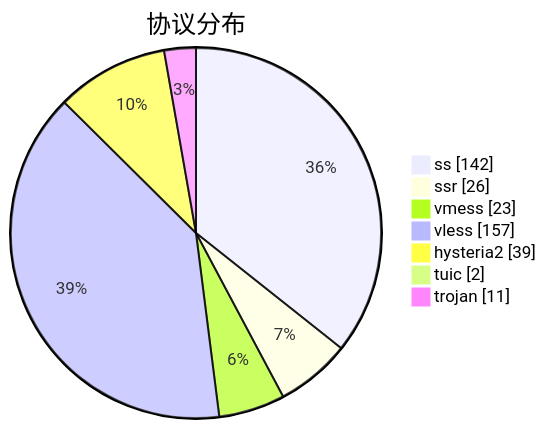
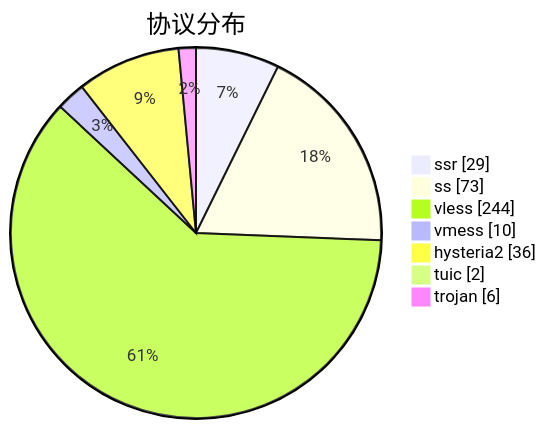
Before and after one commit to qjlxg/airport: the third of 3 diagrams in subs/statistics/tested_within.md, drawn with Mermaid. The commit also changed other lines of this file and 2 other files, not shown here.

````diff
--- a/subs/statistics/tested_within.md
+++ b/subs/statistics/tested_within.md
@@ -34,11 +33,11 @@
 ```mermaid
 pie showData
 title 协议分布
-"ss" : 142
-"ssr" : 26
-"vmess" : 23
-"vless" : 157
-"hysteria2" : 39
+"ssr" : 29
+"ss" : 73
+"vless" : 244
+"vmess" : 10
+"hysteria2" : 36
 "tuic" : 2
-"trojan" : 11
+"trojan" : 6
 ```
````
